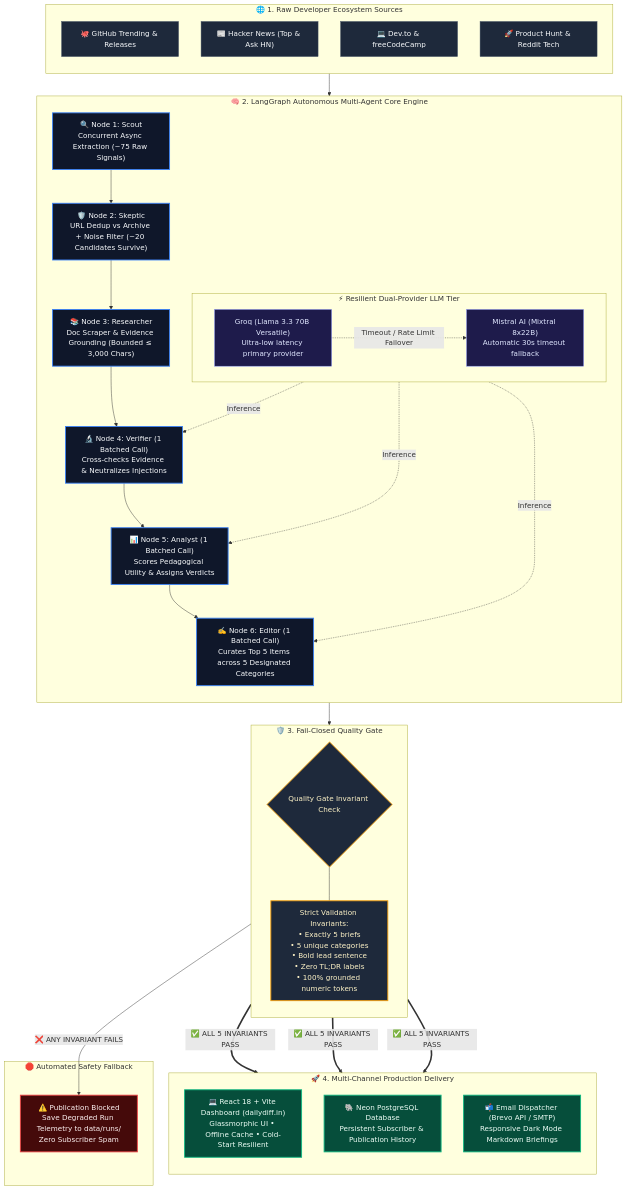
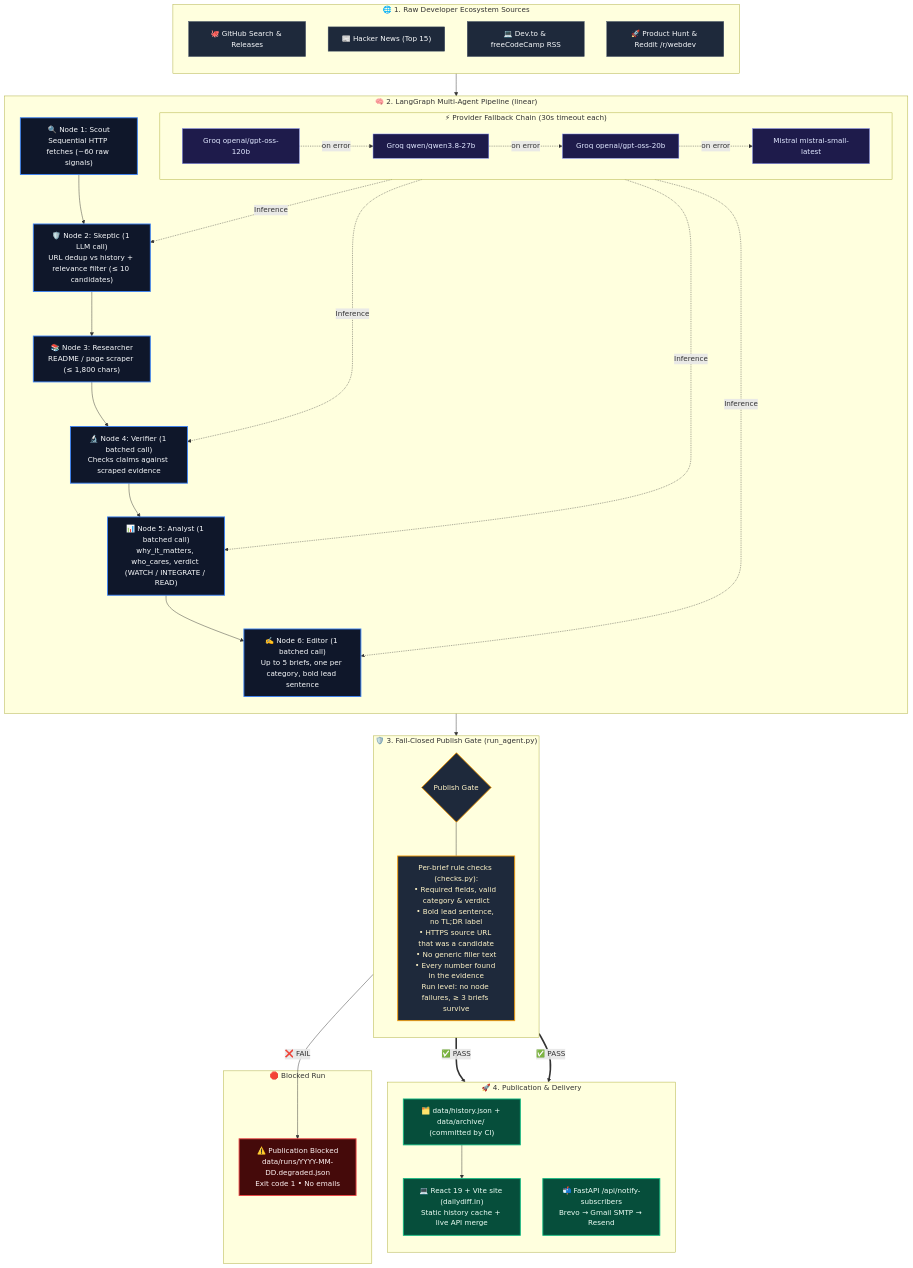
Before and after one commit to shlokbam/DailyDiff: the diagram in README.md, drawn with Mermaid. The commit also changed other lines of this file, not shown here.

````diff
--- a/README.md
+++ b/README.md
@@ -36,28 +35,30 @@
     %% Subgraph 1: Signal Ingestion
     subgraph Sources["🌐 1. Raw Developer Ecosystem Sources"]
         direction TB
-        S1["🐙 GitHub Trending & Releases"]
-        S2["📰 Hacker News (Top & Ask HN)"]
-        S3["💻 Dev.to & freeCodeCamp"]
-        S4["🚀 Product Hunt & Reddit Tech"]
+        S1["🐙 GitHub Search & Releases"]
+        S2["📰 Hacker News (Top 15)"]
+        S3["💻 Dev.to & freeCodeCamp RSS"]
+        S4["🚀 Product Hunt & Reddit /r/webdev"]
     end
 
     %% Subgraph 2: Multi-Agent Intelligence Core
-    subgraph Pipeline["🧠 2. LangGraph Autonomous Multi-Agent Core Engine"]
+    subgraph Pipeline["🧠 2. LangGraph Multi-Agent Pipeline (linear)"]
         direction TB
-        N1["🔍 Node 1: Scout<br/>Concurrent Async Extraction (~75 Raw Signals)"]
-        N2["🛡️ Node 2: Skeptic<br/>URL Dedup vs Archive + Noise Filter (~20 Candidates Survive)"]
-        N3["📚 Node 3: Researcher<br/>Doc Scraper & Evidence Grounding (Bounded ≤ 3,000 Chars)"]
-        
-        subgraph LLMLayer["⚡ Resilient Dual-Provider LLM Tier"]
-            LLM_Primary["Groq (Llama 3.3 70B Versatile)<br/>Ultra-low latency primary provider"]
-            LLM_Backup["Mistral AI (Mixtral 8x22B)<br/>Automatic 30s timeout fallback"]
-            LLM_Primary -.->|Timeout / Rate Limit Failover| LLM_Backup
+        N1["🔍 Node 1: Scout<br/>Sequential HTTP fetches (~60 raw signals)"]
+        N2["🛡️ Node 2: Skeptic (1 LLM call)<br/>URL dedup vs history + relevance filter (≤ 10 candidates)"]
+        N3["📚 Node 3: Researcher<br/>README / page scraper (≤ 1,800 chars)"]
+
+        subgraph LLMLayer["⚡ Provider Fallback Chain (30s timeout each)"]
+            LLM1["Groq openai/gpt-oss-120b"]
+            LLM2["Groq qwen/qwen3.8-27b"]
+            LLM3["Groq openai/gpt-oss-20b"]
+            LLM4["Mistral mistral-small-latest"]
+            LLM1 -.->|on error| LLM2 -.->|on error| LLM3 -.->|on error| LLM4
         end
 
-        N4["🔬 Node 4: Verifier (1 Batched Call)<br/>Cross-checks Evidence & Neutralizes Injections"]
-        N5["📊 Node 5: Analyst (1 Batched Call)<br/>Scores Pedagogical Utility & Assigns Verdicts"]
-        N6["✍️ Node 6: Editor (1 Batched Call)<br/>Curates Top 5 Items across 5 Designated Categories"]
+        N4["🔬 Node 4: Verifier (1 batched call)<br/>Checks claims against scraped evidence"]
+        N5["📊 Node 5: Analyst (1 batched call)<br/>why_it_matters, who_cares, verdict (WATCH / INTEGRATE / READ)"]
+        N6["✍️ Node 6: Editor (1 batched call)<br/>Up to 5 briefs, one per category, bold lead sentence"]
 
         N1 --> N2
         N2 --> N3
@@ -65,39 +66,40 @@
         N4 --> N5
         N5 --> N6
 
+        LLMLayer -.->|Inference| N2
         LLMLayer -.->|Inference| N4
         LLMLayer -.->|Inference| N5
         LLMLayer -.->|Inference| N6
     end
 
-    %% Subgraph 3: Fail-Closed Quality Gate
-    subgraph GateSection["🛡️ 3. Fail-Closed Quality Gate"]
+    %% Subgraph 3: Fail-Closed Publish Gate
+    subgraph GateSection["🛡️ 3. Fail-Closed Publish Gate (run_agent.py)"]
         direction TB
-        QG{"Quality Gate Invariant Check"}
-        Inv["Strict Validation Invariants:<br/>• Exactly 5 briefs<br/>• 5 unique categories<br/>• Bold lead sentence<br/>• Zero TL;DR labels<br/>• 100% grounded numeric tokens"]
+        QG{"Publish Gate"}
+        Inv["Per-brief rule checks (checks.py):<br/>• Required fields, valid category & verdict<br/>• Bold lead sentence, no TL;DR label<br/>• HTTPS source URL that was a candidate<br/>• No generic filler text<br/>• Every number found in the evidence<br/>Run level: no node failures, ≥ 3 briefs survive"]
         QG --- Inv
     end
 
-    %% Subgraph 4: Publication & Multi-Channel Delivery
-    subgraph Delivery["🚀 4. Multi-Channel Production Delivery"]
+    %% Subgraph 4: Publication & Delivery
+    subgraph Delivery["🚀 4. Publication & Delivery"]
         direction TB
-        D_UI["💻 React 18 + Vite Dashboard (dailydiff.in)<br/>Glassmorphic UI • Offline Cache • Cold-Start Resilient"]
-        D_DB["🐘 Neon PostgreSQL Database<br/>Persistent Subscriber & Publication History"]
-        D_Email["📬 Email Dispatcher (Brevo API / SMTP)<br/>Responsive Dark Mode Markdown Briefings"]
+        D_Git["🗂️ data/history.json + data/archive/ (committed by CI)"]
+        D_UI["💻 React 19 + Vite site (dailydiff.in)<br/>Static history cache + live API merge"]
+        D_Email["📬 FastAPI /api/notify-subscribers<br/>Brevo → Gmail SMTP → Resend"]
     end
 
-    %% Subgraph 5: Telemetry & Safety
-    subgraph Safety["🛑 Automated Safety Fallback"]
-        FailNode["⚠️ Publication Blocked<br/>Save Degraded Run Telemetry to data/runs/<br/>Zero Subscriber Spam"]
+    %% Subgraph 5: Safety
+    subgraph Safety["🛑 Blocked Run"]
+        FailNode["⚠️ Publication Blocked<br/>data/runs/YYYY-MM-DD.degraded.json<br/>Exit code 1 • No emails"]
     end
 
     %% Connections
     Sources --> N1
     N6 --> QG
-    QG ==>|✅ ALL 5 INVARIANTS PASS| D_UI
-    QG ==>|✅ ALL 5 INVARIANTS PASS| D_DB
-    QG ==>|✅ ALL 5 INVARIANTS PASS| D_Email
-    QG -->|❌ ANY INVARIANT FAILS| FailNode
+    QG ==>|✅ PASS| D_Git
+    QG ==>|✅ PASS| D_Email
+    D_Git --> D_UI
+    QG -->|❌ FAIL| FailNode
 
     %% Styling
     classDef sourceStyle fill:#1e293b,stroke:#475569,stroke-width:1px,color:#f8fafc;
@@ -109,8 +111,8 @@
 
     class S1,S2,S3,S4 sourceStyle;
     class N1,N2,N3,N4,N5,N6 agentStyle;
-    class LLM_Primary,LLM_Backup llmStyle;
+    class LLM1,LLM2,LLM3,LLM4 llmStyle;
     class QG,Inv gateStyle;
-    class D_UI,D_DB,D_Email passStyle;
+    class D_Git,D_UI,D_Email passStyle;
     class FailNode failStyle;
 ```
````
